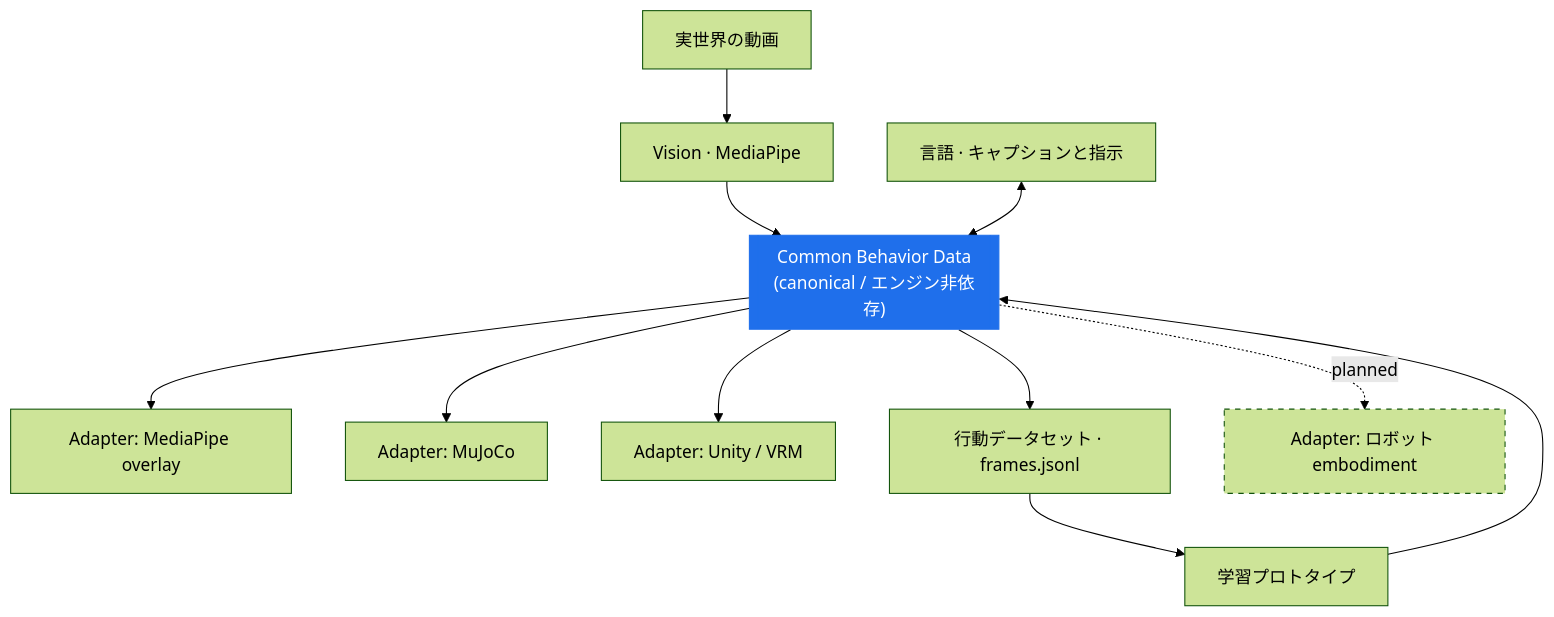
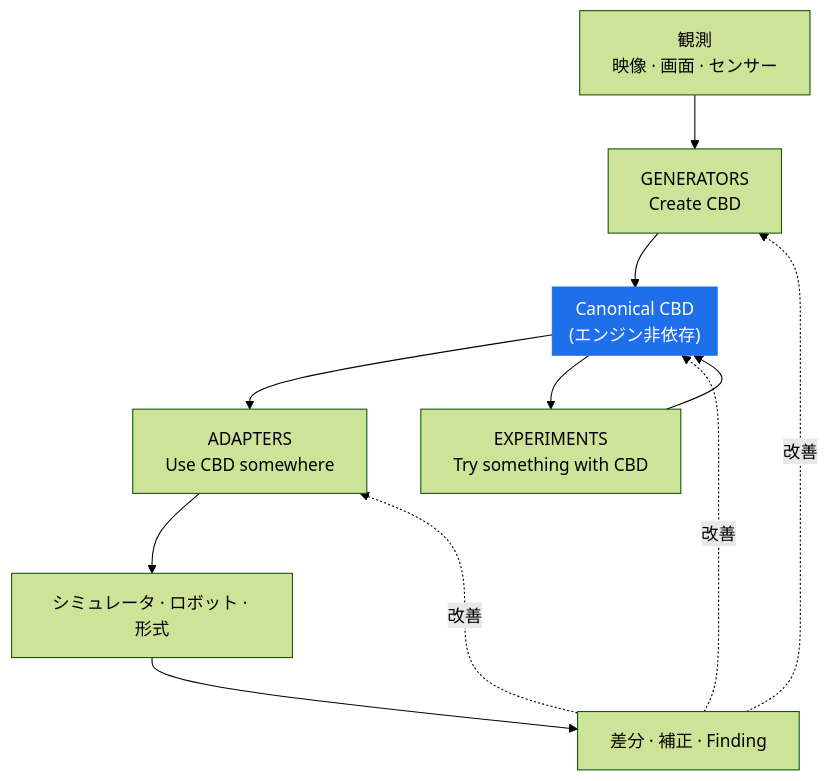
The diagram in README.ja.md (Koichi3333/common-behavior-data), drawn with Mermaid (forest theme) before and after one commit. The commit also changed other lines of this file and 100 other files, not shown here.

First line of the commit message:
Restructure repository around behavior-asset portability; add Isaac Sim / GR00T G1 adapter

````diff
--- a/README.ja.md
+++ b/README.ja.md
@@ -95,18 +136,16 @@
 ```mermaid
 flowchart TD
-    V["実世界の動画"] --> MP["Vision · MediaPipe"]
-    MP --> CBD[["Common Behavior Data<br/>(canonical / エンジン非依存)"]]
-    L["言語 · キャプションと指示"] <--> CBD
-    CBD --> A1["Adapter: MediaPipe overlay"]
-    CBD --> A2["Adapter: MuJoCo"]
-    CBD --> A3["Adapter: Unity / VRM"]
-    CBD --> A4["行動データセット · frames.jsonl"]
-    A4 --> ML["学習プロトタイプ"]
-    ML --> CBD
-    CBD -.planned.-> A5["Adapter: ロボット embodiment"]
+    V["観測<br/>映像 · 画面 · センサー"] --> G["GENERATORS<br/>Create CBD"]
+    G --> CBD[["Canonical CBD<br/>(エンジン非依存)"]]
+    CBD --> A["ADAPTERS<br/>Use CBD somewhere"]
+    CBD --> E["EXPERIMENTS<br/>Try something with CBD"]
+    A --> T["シミュレータ · ロボット · 形式"]
+    T --> F["差分 · 補正 · Finding"]
+    F -.改善.-> G
+    F -.改善.-> CBD
+    F -.改善.-> A
+    E --> CBD
 
     classDef core fill:#1f6feb,stroke:#1f6feb,color:#fff;
-    classDef planned stroke-dasharray: 5 5;
     class CBD core;
-    class A5 planned;
 ```
````
